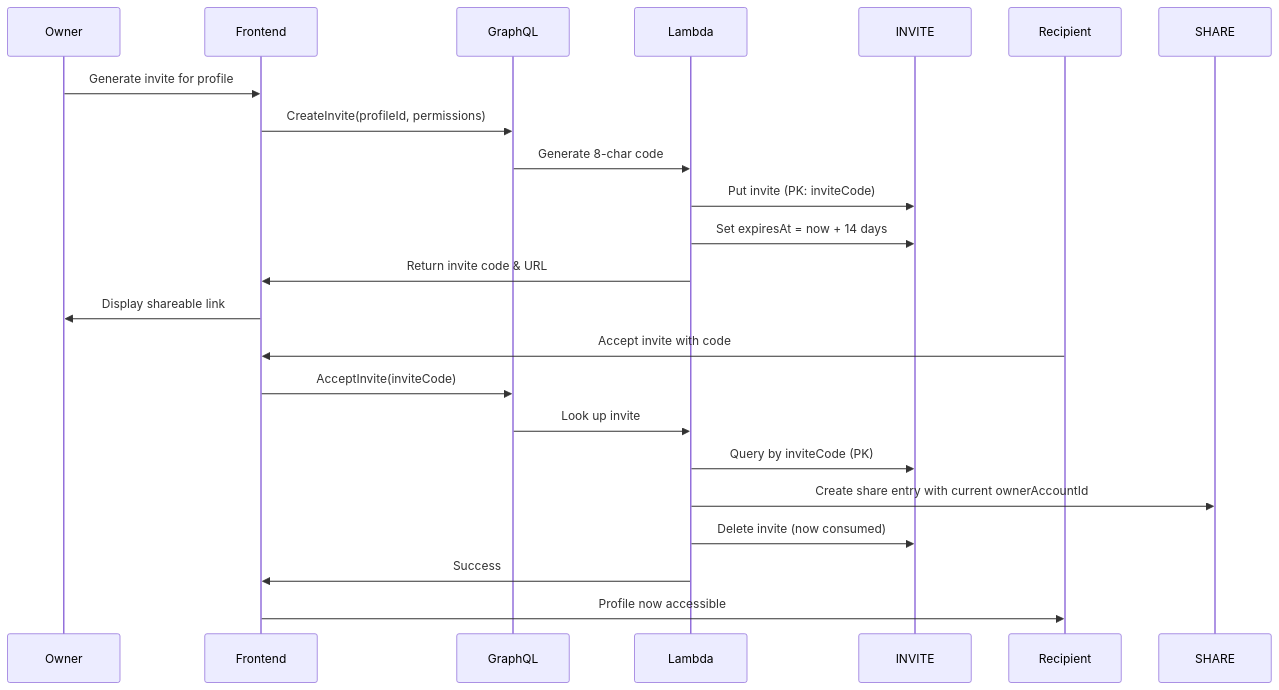
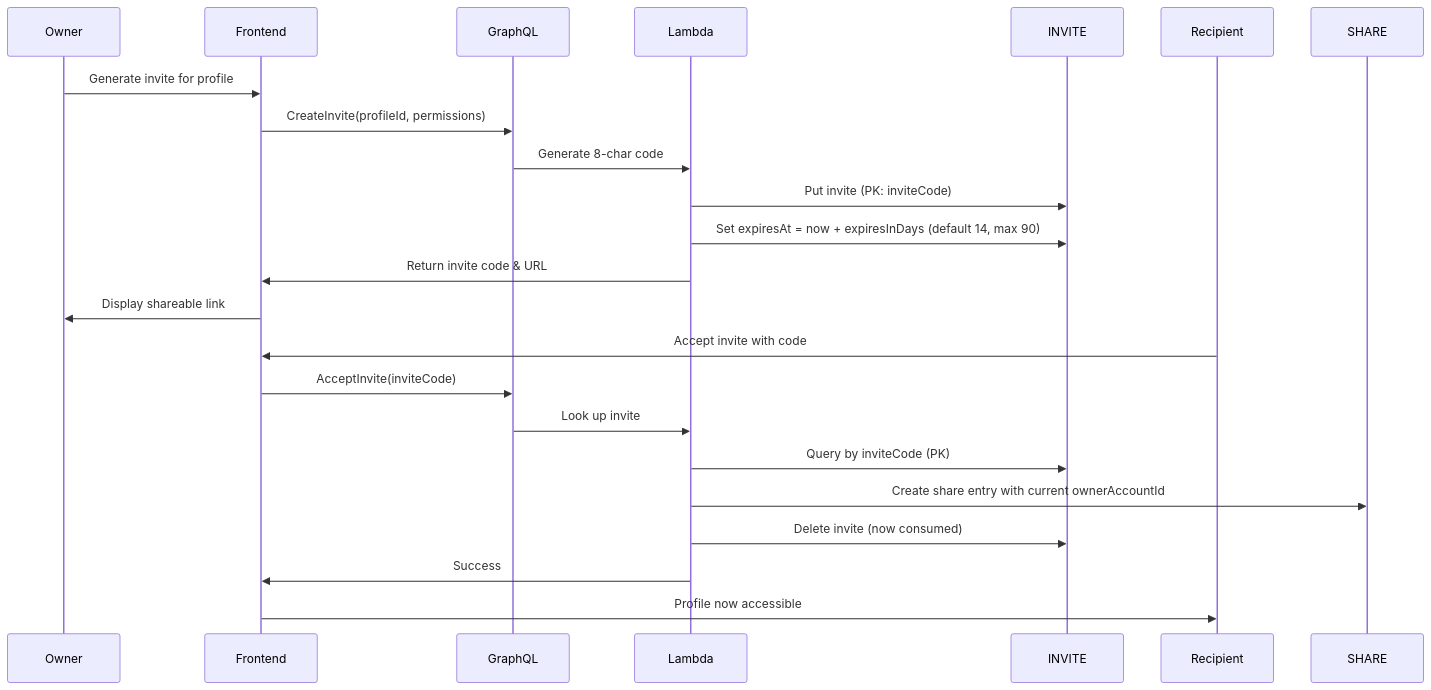
One commit to dmeiser/kernelworx changed the seventh of 13 diagrams in docs/SCHEMA.md. Above: the diagram before and after it, drawn with Mermaid. The commit also changed other lines of this file and 1 other file, not shown here.

Commit message:
no-mistakes(document): Update SCHEMA.md invite expiry to 90-day max; lint clean

````diff
--- a/docs/SCHEMA.md
+++ b/docs/SCHEMA.md
@@ -239,19 +239,19 @@
 ```mermaid
 sequenceDiagram
     Owner->>Frontend: Generate invite for profile
     Frontend->>GraphQL: CreateInvite(profileId, permissions)
     GraphQL->>Lambda: Generate 8-char code
     Lambda->>INVITE: Put invite (PK: inviteCode)
-    Lambda->>INVITE: Set expiresAt = now + 14 days
+    Lambda->>INVITE: Set expiresAt = now + expiresInDays (default 14, max 90)
     Lambda->>Frontend: Return invite code & URL
     Frontend->>Owner: Display shareable link
     
     Recipient->>Frontend: Accept invite with code
     Frontend->>GraphQL: AcceptInvite(inviteCode)
     GraphQL->>Lambda: Look up invite
     Lambda->>INVITE: Query by inviteCode (PK)
     Lambda->>SHARE: Create share entry with current ownerAccountId
     Lambda->>INVITE: Delete invite (now consumed)
     Lambda->>Frontend: Success
     Frontend->>Recipient: Profile now accessible
 ```
````
